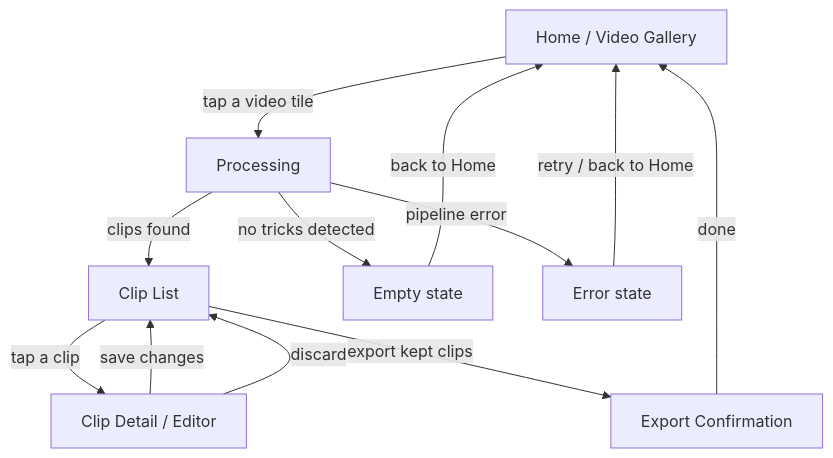
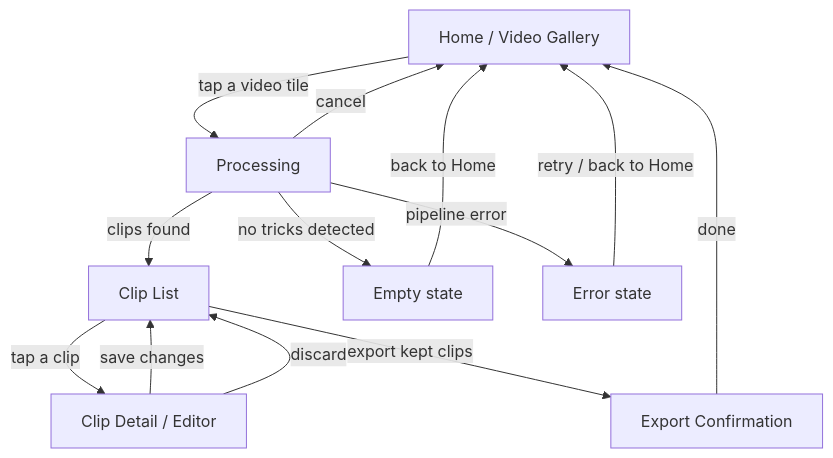
Before and after one commit to hoiekim/turnip-ios: the diagram in docs/UIUX.md, drawn with Mermaid. The commit also changed other lines of this file and 1 other file, not shown here.

````diff
--- a/docs/UIUX.md
+++ b/docs/UIUX.md
@@ -27,14 +29,15 @@
 ```mermaid
 flowchart TD
     A[Home / Video Gallery] -->|tap a video tile| B[Processing]
     B -->|clips found| C[Clip List]
     B -->|no tricks detected| E1[Empty state]
     B -->|pipeline error| E2[Error state]
+    B -->|cancel| A
     E1 -->|back to Home| A
     E2 -->|retry / back to Home| A
     C -->|tap a clip| D[Clip Detail / Editor]
     D -->|save changes| C
     D -->|discard| C
     C -->|export kept clips| F[Export Confirmation]
     F -->|done| A
 ```
````
